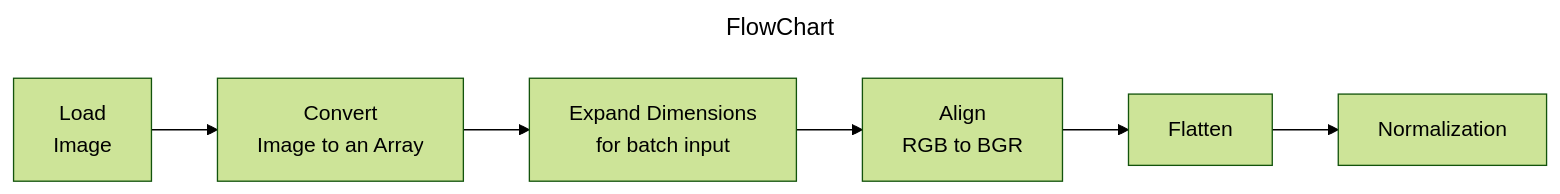
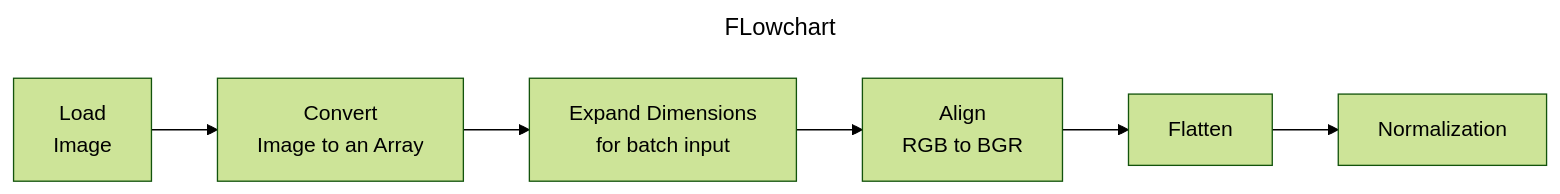
One commit to sagar-kongari/Fashion-Recommender-System changed the diagram in README.md. Above: the diagram before and after it, drawn with Mermaid (forest theme). The commit also changed other lines of this file, not shown here.

````diff
--- a/README.md
+++ b/README.md
@@ -24,7 +21,7 @@
 ```mermaid
 ---
-title: FlowChart
+title: FLowchart
 ---
 flowchart LR
   id1[Load\nImage] --> id2[Convert\nImage to an Array] --> id3[Expand Dimensions\nfor batch input] --> id4[Align\nRGB to BGR] --> id5[Flatten] --> id6[Normalization]
 ```
````
